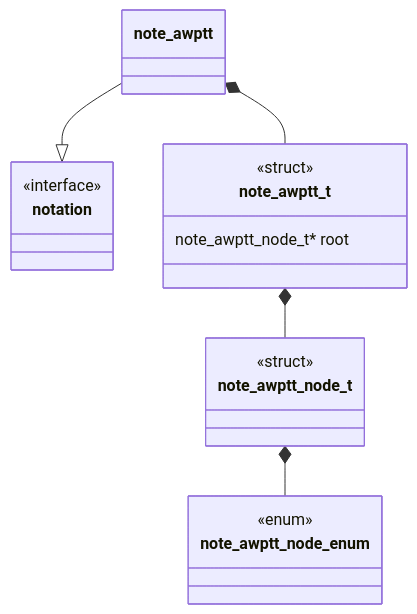
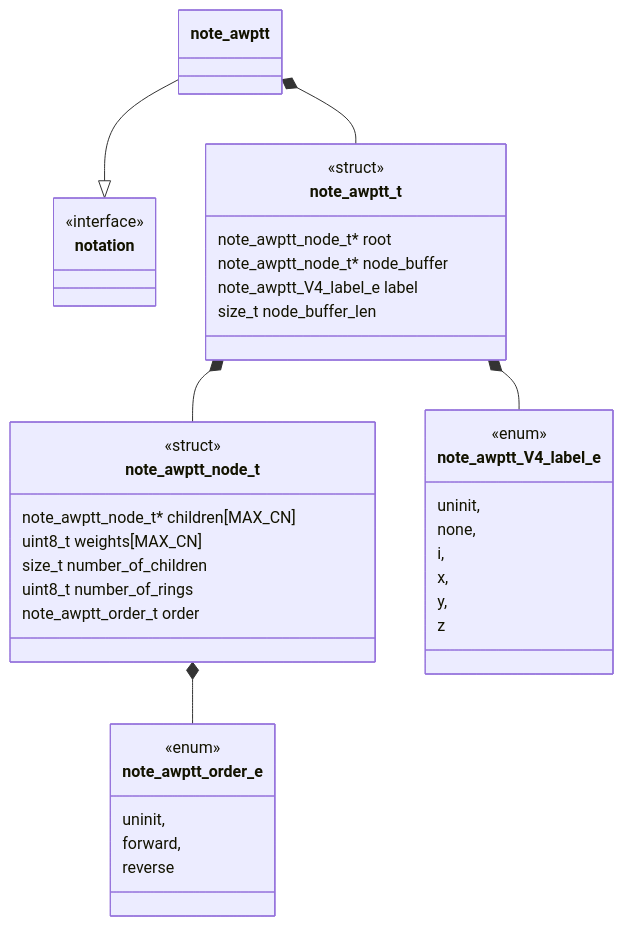
Before and after one commit to Uiowa-Applied-Topology/tanglenomicon_core_libraries: the first of 8 diagrams in source/note-awptt/unit-description.md, drawn with Mermaid. The commit also changed other lines of this file and 9 other files, not shown here.

````diff
--- a/source/note-awptt/unit-description.md
+++ b/source/note-awptt/unit-description.md
@@ -15,26 +11,48 @@
 ```mermaid
 classDiagram
     note_awptt --|> notation
     note_awptt *-- note_awptt_t
     note_awptt_t *-- note_awptt_node_t
-    note_awptt_node_t *-- note_awptt_node_enum
+    note_awptt_node_t *-- note_awptt_order_e
+    note_awptt_t *-- note_awptt_V4_label_e
 
     class note_awptt_t {
         <<struct>>
         note_awptt_node_t* root
+        note_awptt_node_t* node_buffer
+        note_awptt_V4_label_e label
+        size_t node_buffer_len
     }
 
-    class note_awptt_node_enum {
+    class note_awptt_order_e {
         <<enum>>
+        uninit,
+        forward,
+        reverse
+    }
+
+    class note_awptt_V4_label_e {
+        <<enum>>
+        uninit,
+        none,
+        i,
+        x,
+        y,
+        z
     }
 
     class note_awptt_node_t {
         <<struct>>
+        note_awptt_node_t* children[MAX_CN]
+        uint8_t weights[MAX_CN]
+        size_t number_of_children
+        uint8_t number_of_rings
+        note_awptt_order_t order
     }
 
     class notation {
         <<interface>>
     }
 
 
 ```
````
